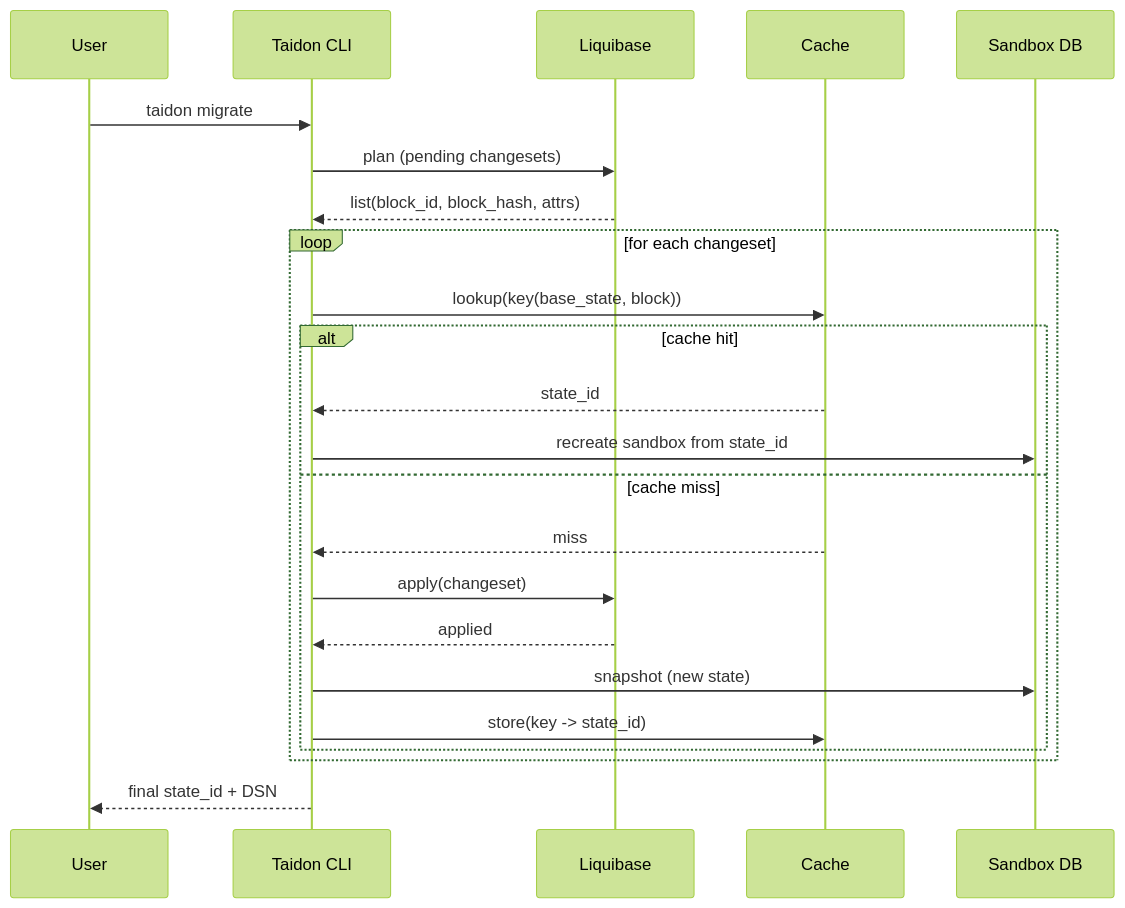
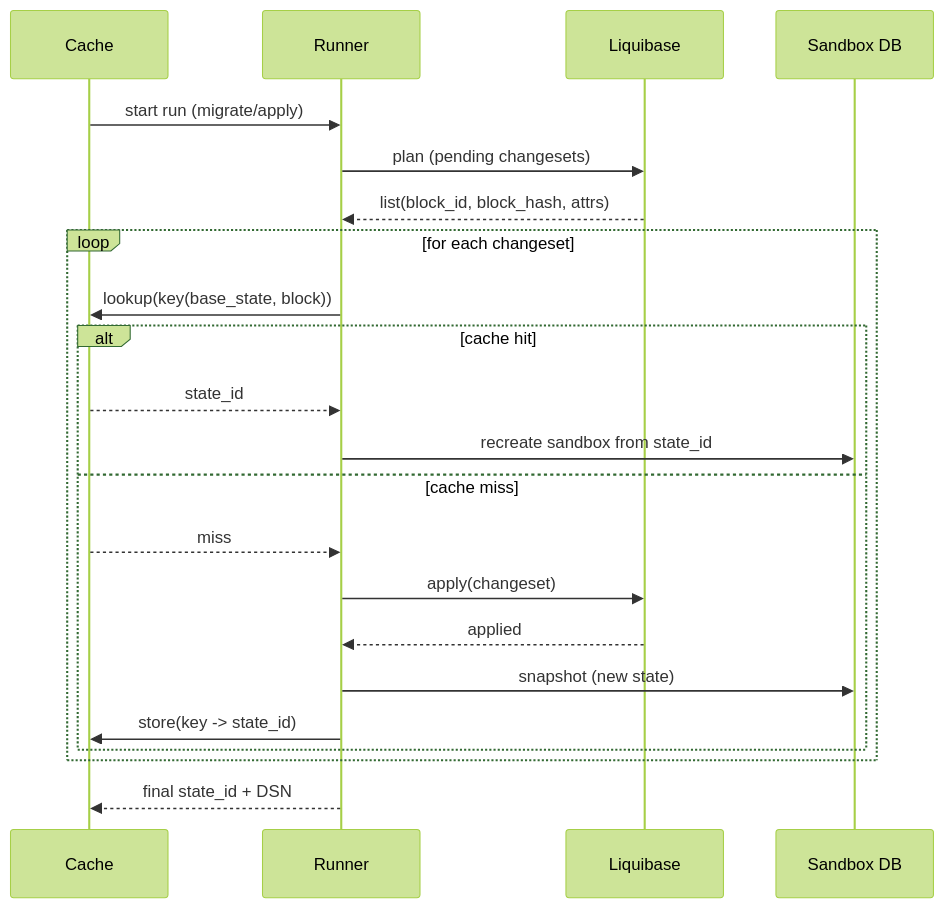
Before and after one commit to kimak-irmagi/taidon: the second of 2 diagrams in docs/architecture/state-cache-design.md, drawn with Mermaid (forest theme). The commit also changed other lines of this file and 4 other files, not shown here.

Commit message:
Clarified SQL Runner interaction with CLI/State cache

````diff
--- a/docs/architecture/state-cache-design.md
+++ b/docs/architecture/state-cache-design.md
@@ -229,28 +231,28 @@
 ```mermaid
 sequenceDiagram
-  participant U as User
-  participant T as Taidon CLI
+  participant C as Client
+  participant R as Runner
   participant L as Liquibase
   participant C as Cache
   participant D as Sandbox DB
 
-  U->>T: taidon migrate
-  T->>L: plan (pending changesets)
-  L-->>T: list(block_id, block_hash, attrs)
+  C->>R: start run (migrate/apply)
+  R->>L: plan (pending changesets)
+  L-->>R: list(block_id, block_hash, attrs)
 
   loop for each changeset
-    T->>C: lookup(key(base_state, block))
+    R->>C: lookup(key(base_state, block))
     alt cache hit
-      C-->>T: state_id
-      T->>D: recreate sandbox from state_id
+      C-->>R: state_id
+      R->>D: recreate sandbox from state_id
     else cache miss
-      C-->>T: miss
-      T->>L: apply(changeset)
-      L-->>T: applied
-      T->>D: snapshot (new state)
-      T->>C: store(key -> state_id)
+      C-->>R: miss
+      R->>L: apply(changeset)
+      L-->>R: applied
+      R->>D: snapshot (new state)
+      R->>C: store(key -> state_id)
     end
   end
 
-  T-->>U: final state_id + DSN
+  R-->>C: final state_id + DSN
 ```
````
